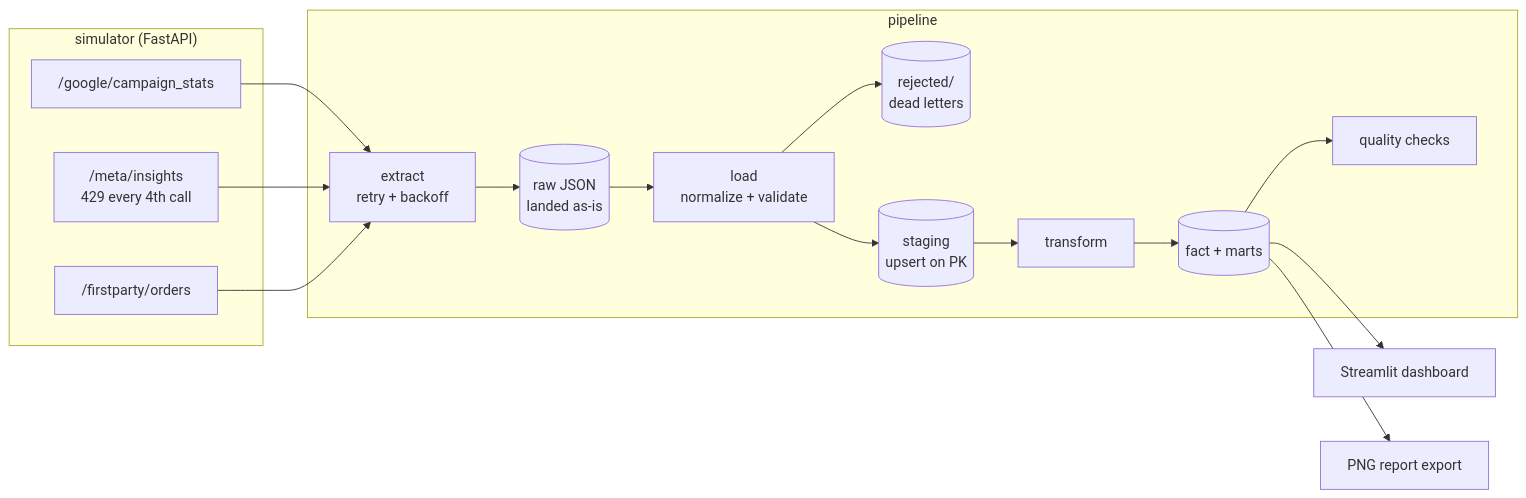
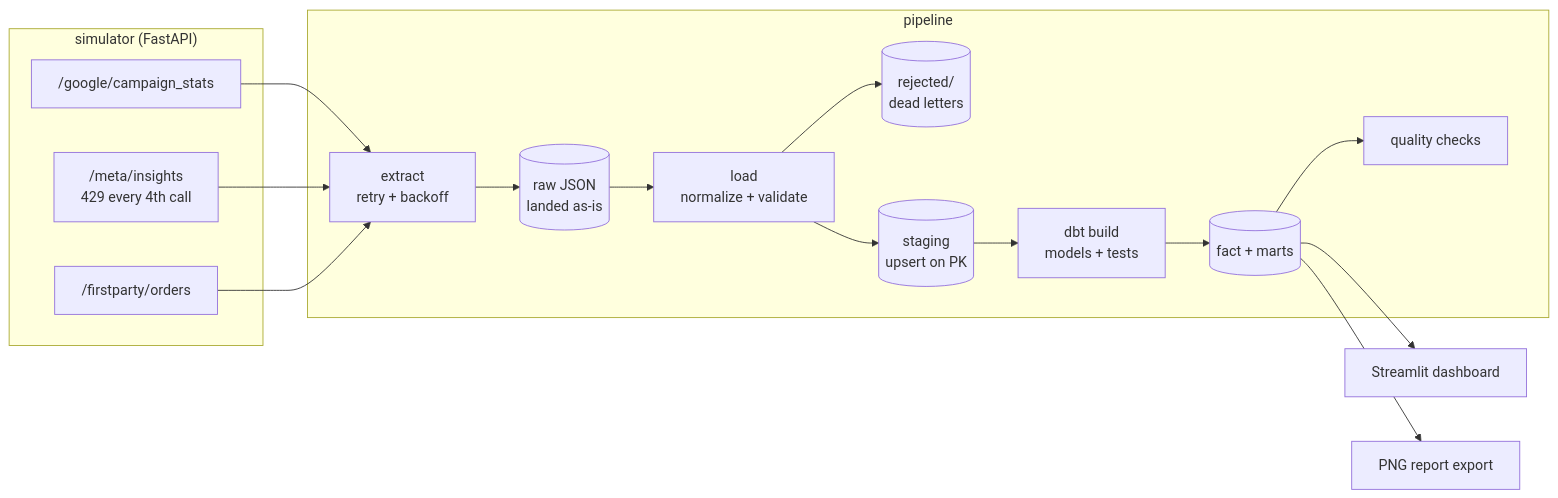
Before and after one commit to Aman12x/ad-pipeline: the diagram in docs/DESIGN.md, drawn with Mermaid. The commit also changed other lines of this file and 18 other files, not shown here.

First line of the commit message:
Move transform layer to dbt (dbt-duckdb): models, sources, schema + singular tests

````diff
--- a/docs/DESIGN.md
+++ b/docs/DESIGN.md
@@ -19,19 +19,19 @@
 ```mermaid
 flowchart LR
     subgraph sim["simulator (FastAPI)"]
         G["/google/campaign_stats"]
         M["/meta/insights<br/>429 every 4th call"]
         F["/firstparty/orders"]
     end
     subgraph pl["pipeline"]
         E[extract<br/>retry + backoff] --> R[(raw JSON<br/>landed as-is)]
         R --> L[load<br/>normalize + validate]
         L --> DLQ[(rejected/<br/>dead letters)]
         L --> S[(staging<br/>upsert on PK)]
-        S --> T[transform] --> FA[(fact + marts)]
+        S --> T[dbt build<br/>models + tests] --> FA[(fact + marts)]
         FA --> Q[quality checks]
     end
     G & M & F --> E
     FA --> D[Streamlit dashboard]
     FA --> P[PNG report export]
 ```
````
